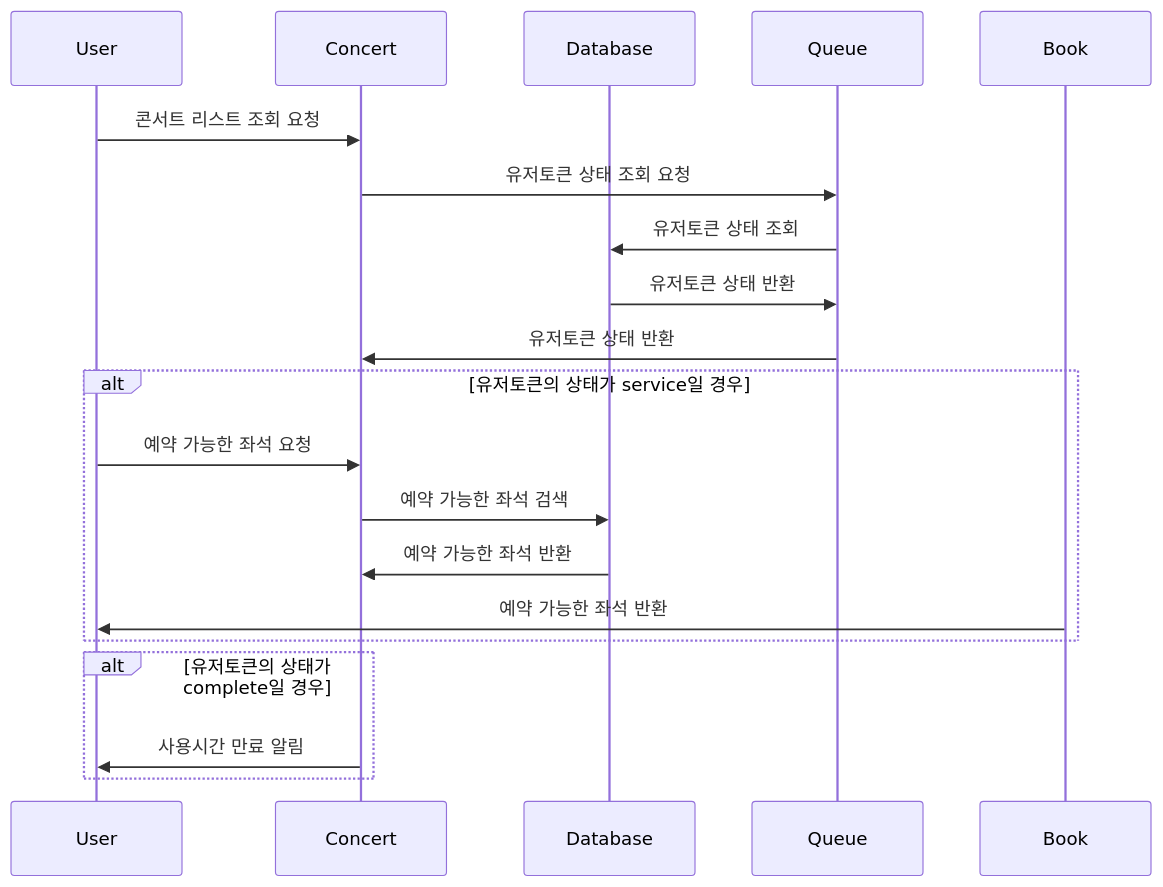
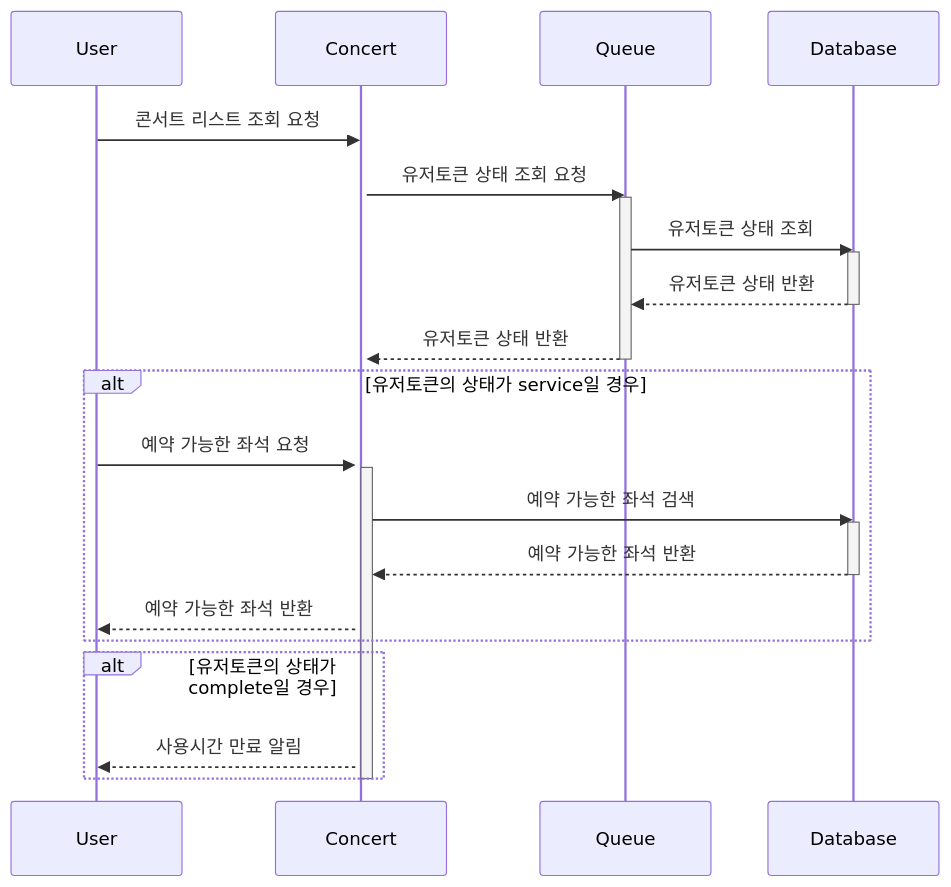
One commit to durara021/hhplus-server-construction changed the third of 6 diagrams in README.md. Above: the diagram before and after it, drawn with Mermaid. The commit also changed other lines of this file, not shown here.

Commit message:
시퀀스 다이어그램 생명선 추가 (#10)

````diff
--- a/README.md
+++ b/README.md
@@ -68,24 +97,34 @@
 ```mermaid
 sequenceDiagram
     participant User
     participant Concert
+    participant Queue
     participant Database
 
     User ->> Concert: 콘서트 리스트 조회 요청
+    activate Concert
     Concert ->> Queue: 유저토큰 상태 조회 요청
+    activate Queue
     Queue ->> Database: 유저토큰 상태 조회
-    Database ->> Queue: 유저토큰 상태 반환
-    Queue ->> Concert: 유저토큰 상태 반환
-
+    activate Database
+    Database -->> Queue: 유저토큰 상태 반환
+    deactivate Database
+    Queue -->> Concert: 유저토큰 상태 반환
+    deactivate Queue
 
     alt 유저토큰의 상태가 service일 경우
-    User ->> Concert: 예약 가능한 좌석 요청
-    Concert ->> Database: 예약 가능한 좌석 검색
-    Database ->> Concert: 예약 가능한 좌석 반환
-    Book ->> User: 예약 가능한 좌석 반환
+        User ->> Concert: 예약 가능한 좌석 요청
+        activate Concert
+        Concert ->> Database: 예약 가능한 좌석 검색
+        activate Database
+        Database -->> Concert: 예약 가능한 좌석 반환
+        deactivate Database
+        Concert -->> User: 예약 가능한 좌석 반환
     end
     
     alt 유저토큰의 상태가 complete일 경우
-    Concert ->> User: 사용시간 만료 알림
+        Concert -->> User: 사용시간 만료 알림
     end
+    deactivate Concert
+
 ```
````
